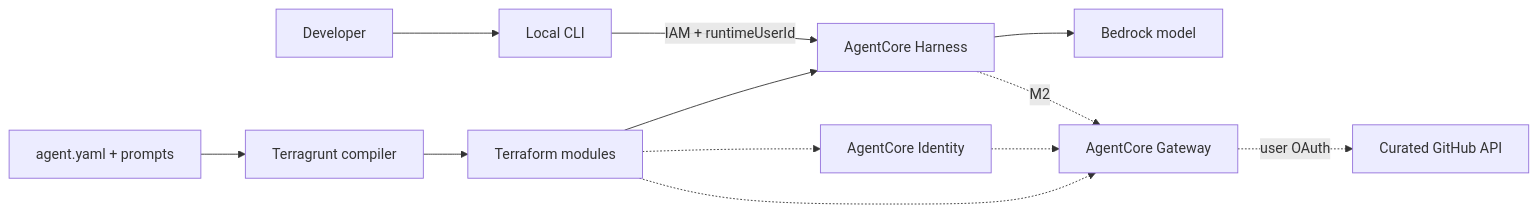
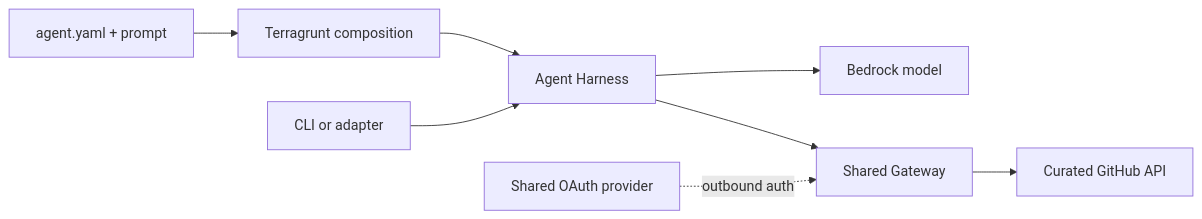
One commit to Myafq/agent-core-platform changed the diagram in docs/design.md. Above: the diagram before and after it, drawn with Mermaid. The commit also changed other lines of this file and 46 other files, not shown here.

Commit message:
feat: add GitHub OAuth gateway integration

````diff
--- a/docs/design.md
+++ b/docs/design.md
@@ -12,15 +8,10 @@
 ```mermaid
 flowchart LR
-  U["Developer"] --> CLI["Local CLI"]
-  CLI -->|"IAM + runtimeUserId"| H["AgentCore Harness"]
+  Y["agent.yaml + prompt"] --> TG["Terragrunt composition"]
+  TG --> H["Agent Harness"]
+  C["CLI or adapter"] --> H
   H --> M["Bedrock model"]
-  H -. "M2" .-> G["AgentCore Gateway"]
-  G -. "user OAuth" .-> GH["Curated GitHub API"]
-  ID["AgentCore Identity"] -.-> G
-
-  Y["agent.yaml + prompts"] --> TG["Terragrunt compiler"]
-  TG --> TF["Terraform modules"]
-  TF --> H
-  TF -.-> G
-  TF -.-> ID
+  H --> G["Shared Gateway"]
+  O["Shared OAuth provider"] -. "outbound auth" .-> G
+  G --> GH["Curated GitHub API"]
 ```
````
